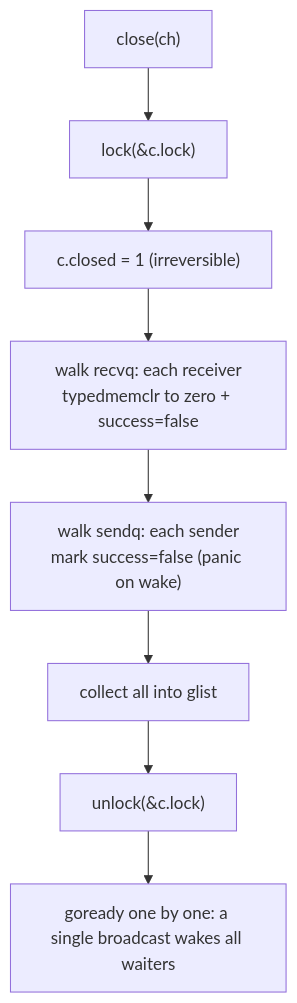
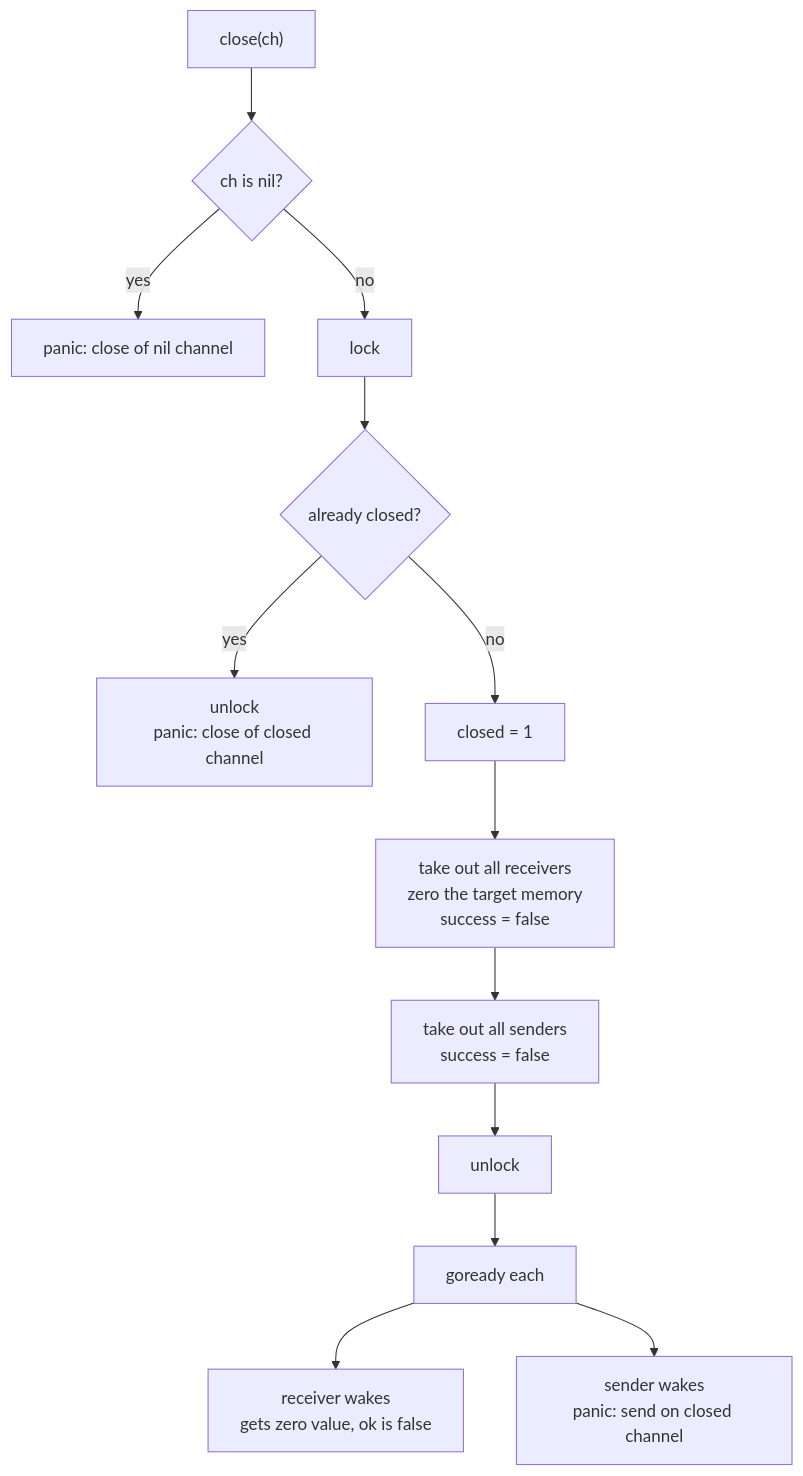
The first of 2 diagrams in book/en-us/part3concurrency/ch10chan/close.md (golang-design/under-the-hood), drawn with Mermaid before and after one commit. The commit also changed other lines of this file and 30 other files, not shown here.

````diff
--- a/book/en-us/part3concurrency/ch10chan/close.md
+++ b/book/en-us/part3concurrency/ch10chan/close.md
@@ -78,10 +116,15 @@
 ```mermaid
 flowchart TD
-    C["close(ch)"] --> L["lock(&c.lock)"]
-    L --> S["c.closed = 1 (irreversible)"]
-    S --> RQ["walk recvq: each receiver<br/>typedmemclr to zero + success=false"]
-    RQ --> SQ["walk sendq: each sender<br/>mark success=false (panic on wake)"]
-    SQ --> G["collect all into glist"]
-    G --> U["unlock(&c.lock)"]
-    U --> R["goready one by one: a single broadcast wakes all waiters"]
+    A["close(ch)"] --> N{"ch is nil?"}
+    N -->|yes| P1["panic: close of nil channel"]
+    N -->|no| L["lock"]
+    L --> C{"already closed?"}
+    C -->|yes| P2["unlock<br/>panic: close of closed channel"]
+    C -->|no| S["closed = 1"]
+    S --> RQ["take out all receivers<br/>zero the target memory<br/>success = false"]
+    RQ --> SQ["take out all senders<br/>success = false"]
+    SQ --> U["unlock"]
+    U --> G["goready each"]
+    G --> RW["receiver wakes<br/>gets zero value, ok is false"]
+    G --> SW["sender wakes<br/>panic: send on closed channel"]
 ```
````
